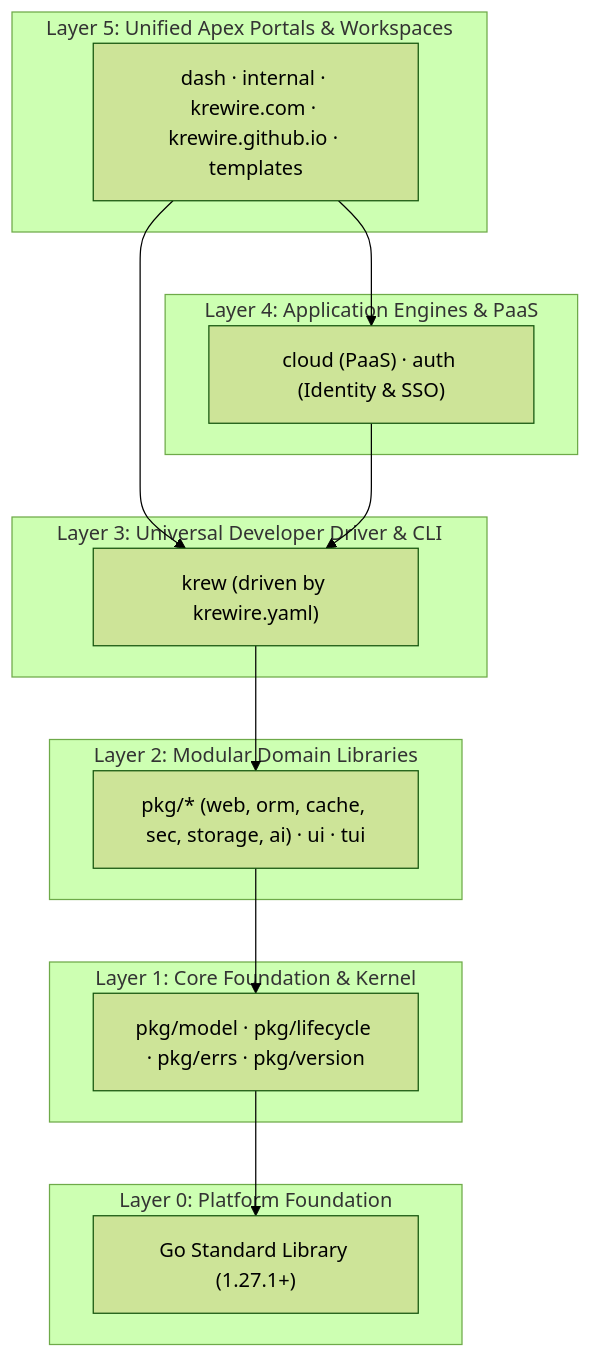
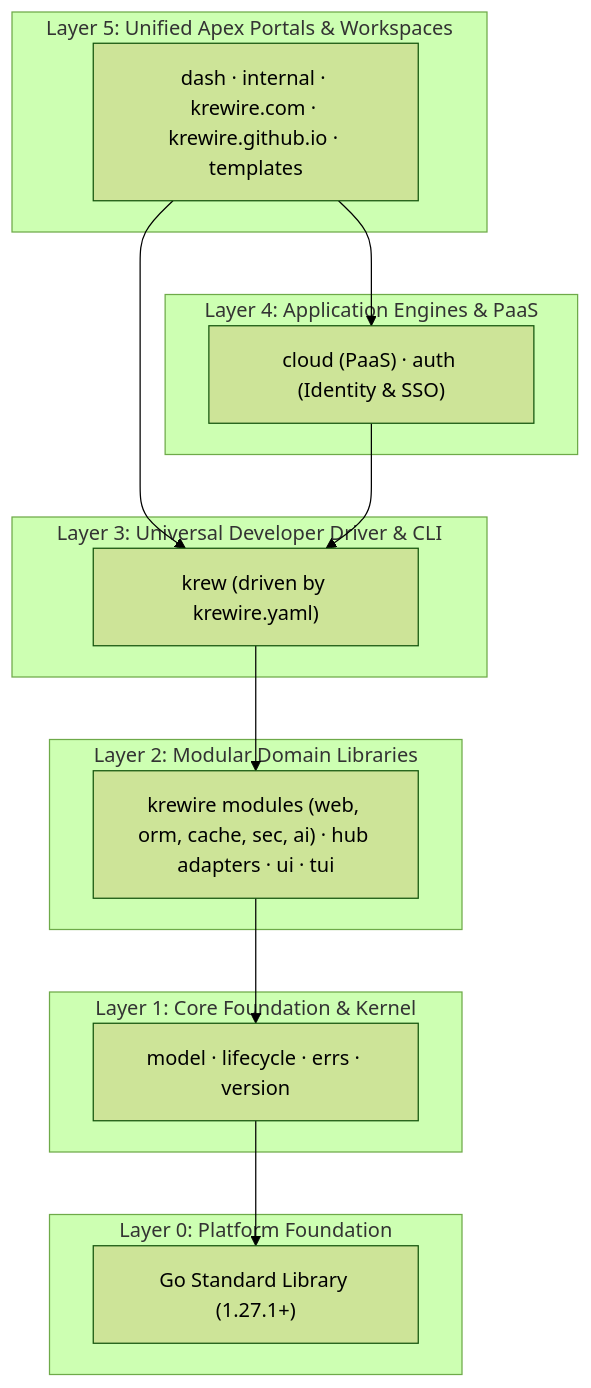
Before and after one commit to krewire/krewire: the diagram in docs/foundation/architecture.md, drawn with Mermaid (forest theme). The commit also changed other lines of this file and 151 other files, not shown here.

````diff
--- a/docs/foundation/architecture.md
+++ b/docs/foundation/architecture.md
@@ -85,33 +86,33 @@
 ```mermaid
 flowchart TD
     subgraph L5 ["Layer 5: Unified Apex Portals & Workspaces"]
         Portals["dash · internal · krewire.com · krewire.github.io · templates"]
     end
 
     subgraph L4 ["Layer 4: Application Engines & PaaS"]
         Engines["cloud (PaaS) · auth (Identity & SSO)"]
     end
 
     subgraph L3 ["Layer 3: Universal Developer Driver & CLI"]
         Driver["krew (driven by krewire.yaml)"]
     end
 
     subgraph L2 ["Layer 2: Modular Domain Libraries"]
-        DomainLibs["pkg/* (web, orm, cache, sec, storage, ai) · ui · tui"]
+        DomainLibs["krewire modules (web, orm, cache, sec, ai) · hub adapters · ui · tui"]
     end
 
     subgraph L1 ["Layer 1: Core Foundation & Kernel"]
-        KernModel["pkg/model · pkg/lifecycle · pkg/errs · pkg/version"]
+        KernModel["model · lifecycle · errs · version"]
     end
 
     subgraph L0 ["Layer 0: Platform Foundation"]
         StdLib["Go Standard Library (1.27.1+)"]
     end
 
     Portals --> Engines
     Portals --> Driver
     Engines --> Driver
     Driver --> DomainLibs
     DomainLibs --> KernModel
     KernModel --> StdLib
 ```
````
